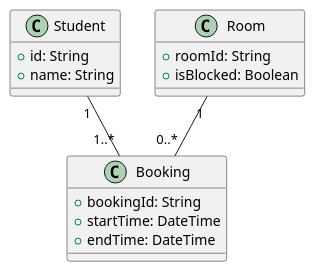
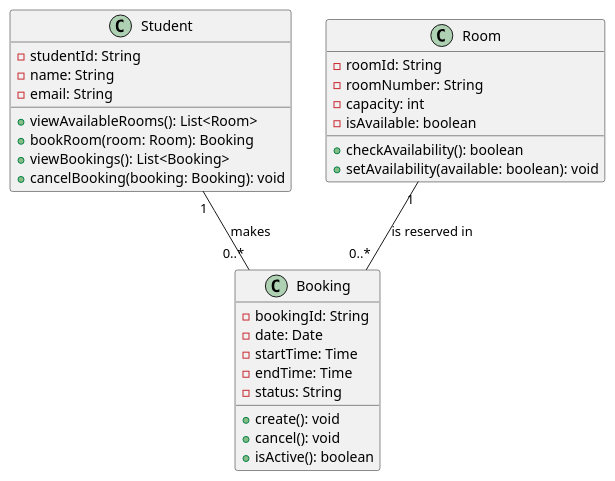
The diagram in week-04/original/class.puml (Scaenly/software-engineering-practice), drawn with PlantUML before and after one commit. The commit also changed 9 other files, not shown here.

Commit message:
feat(lab): complete lab report, AI usage, and UML models

```diff
--- a/week-04/original/class.puml
+++ b/week-04/original/class.puml
@@ -1,20 +1,39 @@
-@startuml BookingSystem
+@startuml title Smart Campus Study Room Booking System - Domain Class Diagram
+
 class Student {
-    +id: String
-    +name: String
+    - studentId: String
+    - name: String
+    - email: String
+
+    + viewAvailableRooms(): List<Room>
+    + bookRoom(room: Room): Booking
+    + viewBookings(): List<Booking>
+    + cancelBooking(booking: Booking): void
 }
 
 class Room {
-    +roomId: String
-    +isBlocked: Boolean
+    - roomId: String
+    - roomNumber: String
+    - capacity: int
+    - isAvailable: boolean
+
+    + checkAvailability(): boolean
+    + setAvailability(available: boolean): void
 }
 
 class Booking {
-    +bookingId: String
-    +startTime: DateTime
-    +endTime: DateTime
+    - bookingId: String
+    - date: Date
+    - startTime: Time
+    - endTime: Time
+    - status: String
+
+    + create(): void
+    + cancel(): void
+    + isActive(): boolean
 }
 
-Student "1" -- "1..*" Booking
-Room "1" -- "0..*" Booking
+Student "1" -- "0..*" Booking : makes
+Room "1" -- "0..*" Booking : is reserved in
+
 @enduml
```
